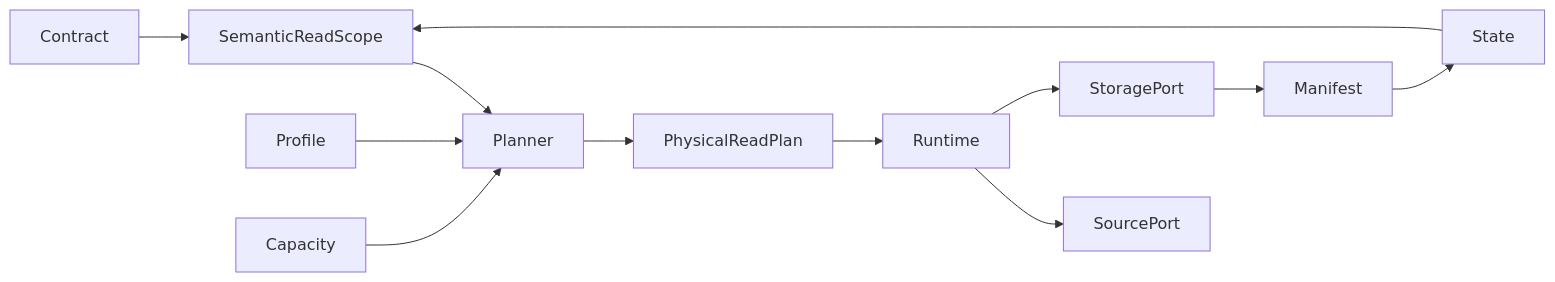
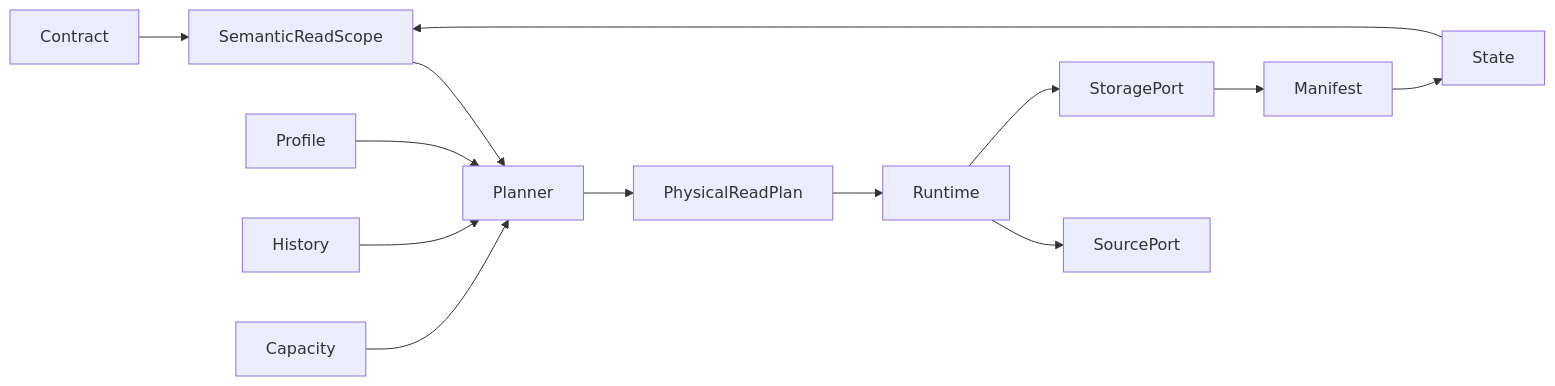
The diagram in docs/architecture.md (henrrs/landfall), drawn with Mermaid before and after one commit. The commit also changed other lines of this file and 40 other files, not shown here.

````diff
--- a/docs/architecture.md
+++ b/docs/architecture.md
@@ -3,14 +3,15 @@
 ```mermaid
 flowchart LR
   Contract --> Scope[SemanticReadScope]
   State --> Scope
   Scope --> Planner
   Profile --> Planner
+  History --> Planner
   Capacity --> Planner
   Planner --> Plan[PhysicalReadPlan]
   Plan --> Runtime
   Runtime --> Source[SourcePort]
   Runtime --> Storage[StoragePort]
   Storage --> Manifest
   Manifest --> State
 ```
````
